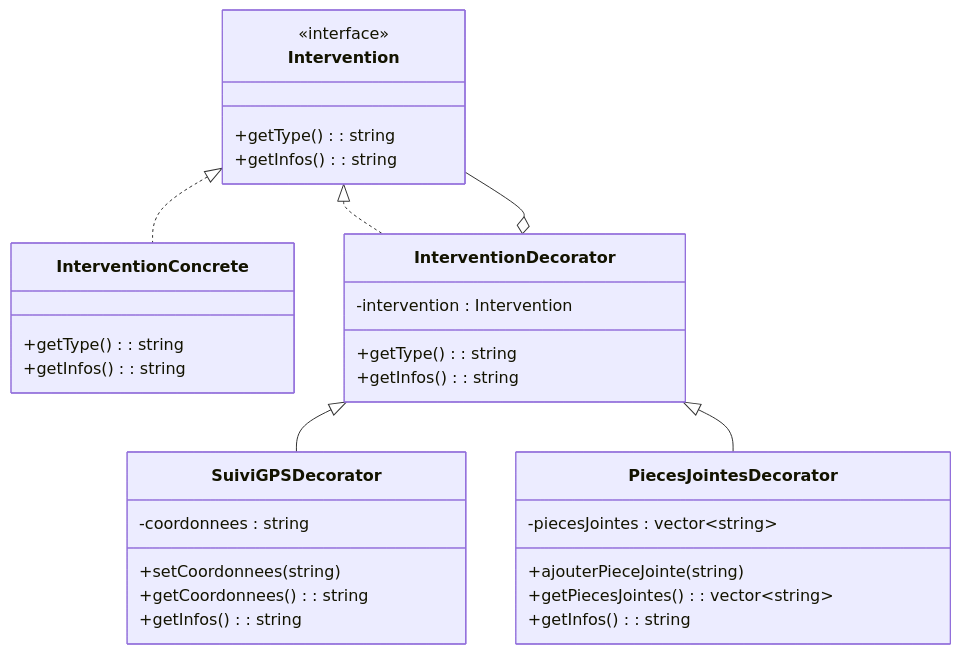
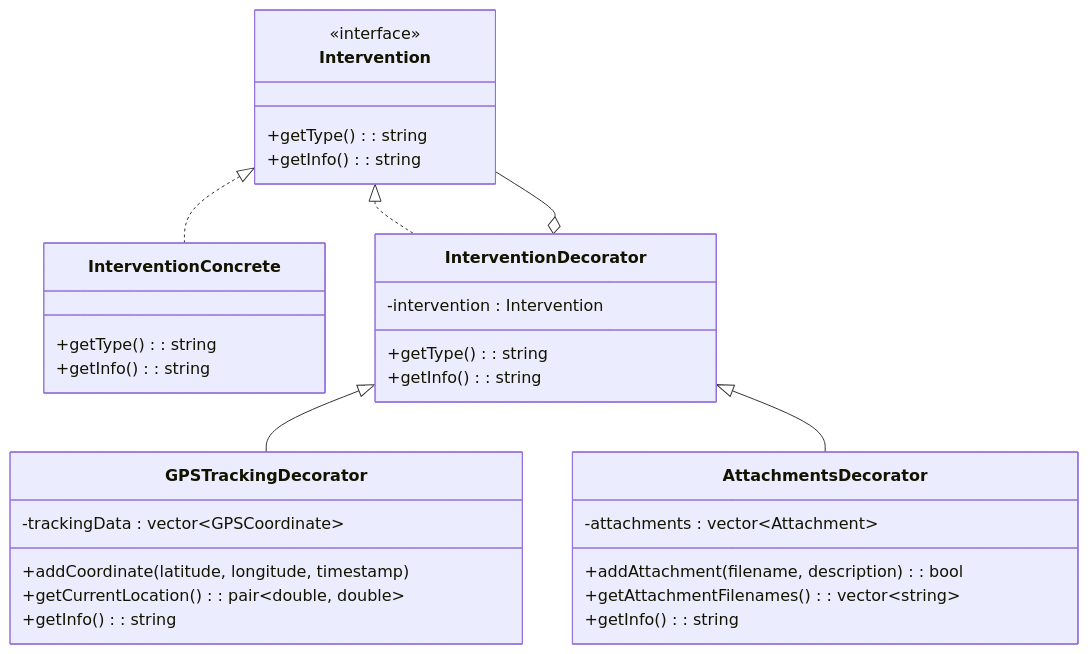
Before and after one commit to Krys012/TechInterventionPlanner: the second of 6 diagrams in README.md, drawn with Mermaid. The commit also changed other lines of this file and 1 other file, not shown here.

````diff
--- a/README.md
+++ b/README.md
@@ -74,36 +79,36 @@
 ```mermaid
 classDiagram
-    class Intervention {
-        <<interface>>
-        +getType() : string
-        +getInfos() : string
-    }
-    class InterventionConcrete {
-        +getType() : string
-        +getInfos() : string
-    }
-    class InterventionDecorator {
-        -intervention : Intervention
-        +getType() : string
-        +getInfos() : string
-    }
-    class SuiviGPSDecorator {
-        -coordonnees : string
-        +setCoordonnees(string)
-        +getCoordonnees() : string
-        +getInfos() : string
-    }
-    class PiecesJointesDecorator {
-        -piecesJointes : vector~string~
-        +ajouterPieceJointe(string)
-        +getPiecesJointes() : vector~string~
-        +getInfos() : string
-    }
-    
-    Intervention <|.. InterventionConcrete
-    Intervention <|.. InterventionDecorator
-    InterventionDecorator <|-- SuiviGPSDecorator
-    InterventionDecorator <|-- PiecesJointesDecorator
-    
-    InterventionDecorator o-- Intervention
+  class Intervention {
+    <<interface>>
+    +getType() : string
+    +getInfo() : string
+  }
+  class InterventionConcrete {
+    +getType() : string
+    +getInfo() : string
+  }
+  class InterventionDecorator {
+    -intervention : Intervention
+    +getType() : string
+    +getInfo() : string
+  }
+  class GPSTrackingDecorator {
+    -trackingData : vector~GPSCoordinate~
+    +addCoordinate(latitude, longitude, timestamp)
+    +getCurrentLocation() : pair~double, double~
+    +getInfo() : string
+  }
+  class AttachmentsDecorator {
+    -attachments : vector~Attachment~
+    +addAttachment(filename, description) : bool
+    +getAttachmentFilenames() : vector~string~
+    +getInfo() : string
+  }
+
+  Intervention <|.. InterventionConcrete
+  Intervention <|.. InterventionDecorator
+  InterventionDecorator <|-- GPSTrackingDecorator
+  InterventionDecorator <|-- AttachmentsDecorator
+
+  InterventionDecorator o-- Intervention
 ```
````
